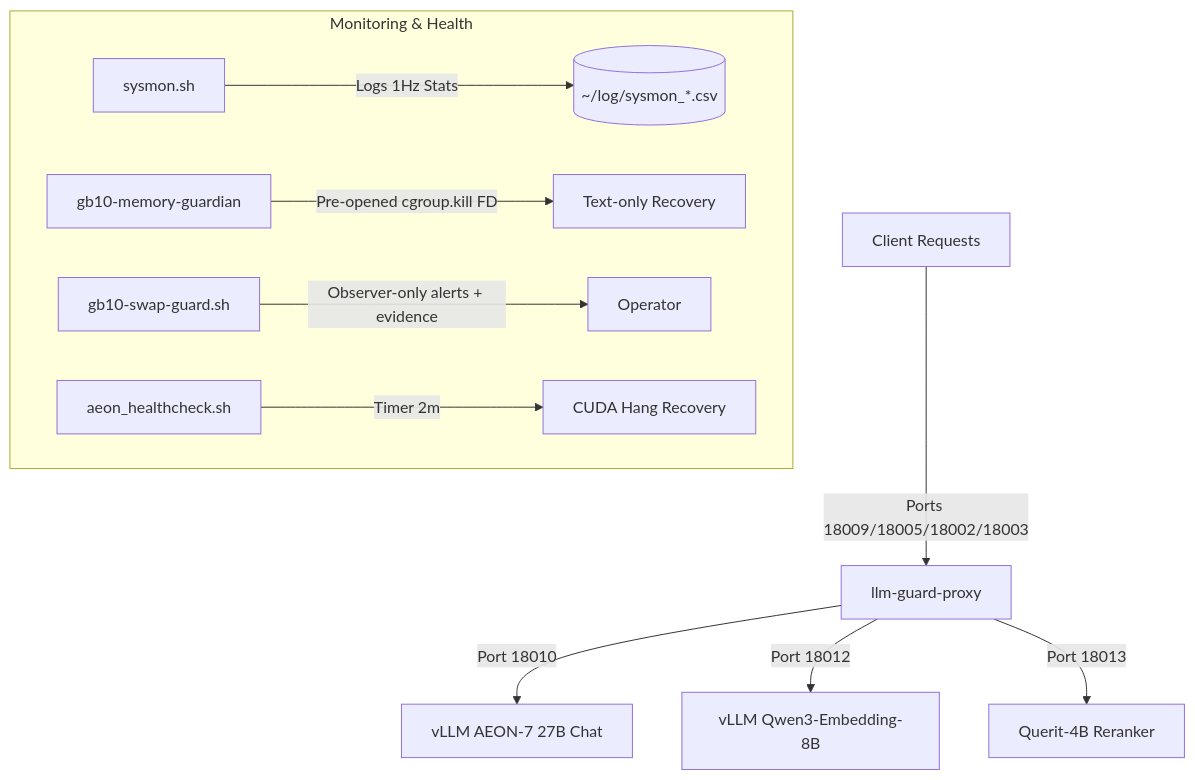
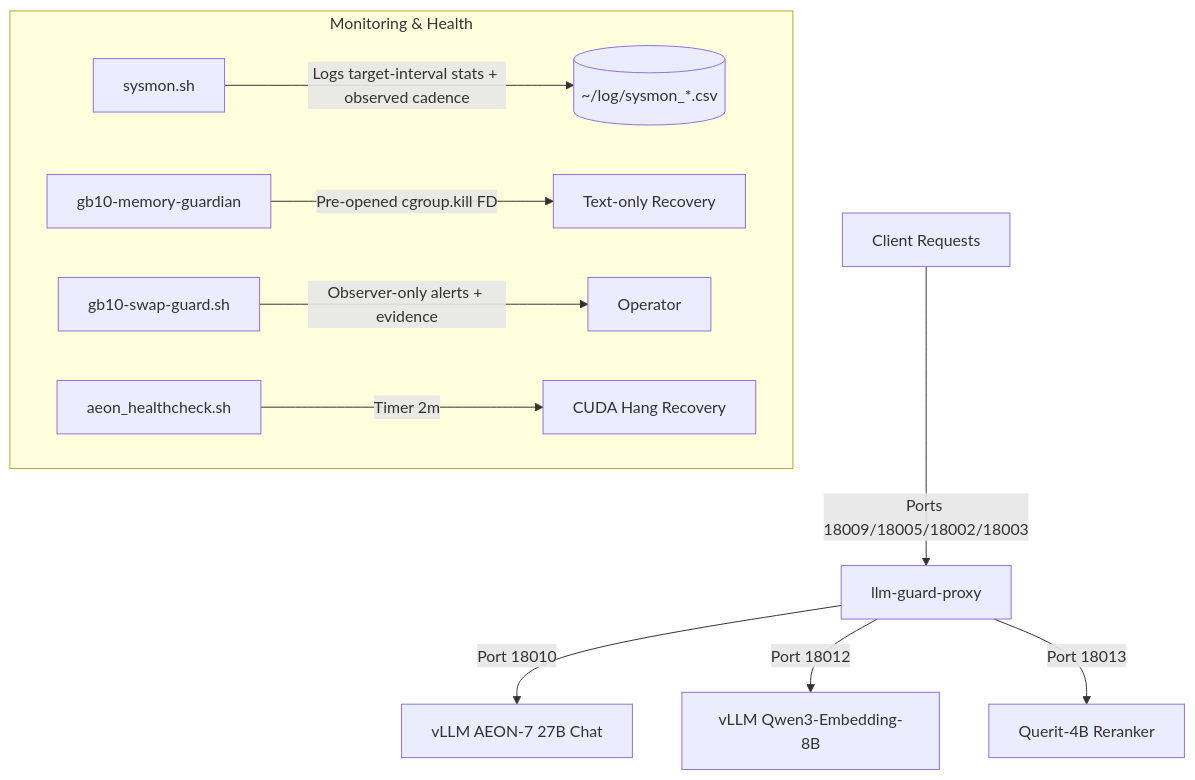
One commit to RyderFreeman4Logos/gb10-services changed the diagram in README.md. Above: the diagram before and after it, drawn with Mermaid. The commit also changed other lines of this file and 3 other files, not shown here.

First line of the commit message:
feat(sysmon): record available memory and sample cadence

````diff
--- a/README.md
+++ b/README.md
@@ -11,14 +11,14 @@
 ```mermaid
 graph TD
     Client[Client Requests] -->|Ports 18009/18005/18002/18003| Proxy[llm-guard-proxy]
     Proxy -->|Port 18010| AEON[vLLM AEON-7 27B Chat]
     Proxy -->|Port 18012| Embed[vLLM Qwen3-Embedding-8B]
     Proxy -->|Port 18013| Rerank[Querit-4B Reranker]
 
     subgraph Monitoring & Health
-        Sysmon[sysmon.sh] -->|Logs 1Hz Stats| CSV[(~/log/sysmon_*.csv)]
+        Sysmon[sysmon.sh] -->|Logs target-interval stats + observed cadence| CSV[(~/log/sysmon_*.csv)]
         RustGuardian[gb10-memory-guardian] -->|Pre-opened cgroup.kill FD| TextRecovery[Text-only Recovery]
         SwapGuard[gb10-swap-guard.sh] -->|Observer-only alerts + evidence| Ops[Operator]
         HCheck[aeon_healthcheck.sh] -->|Timer 2m| HangRecovery[CUDA Hang Recovery]
     end
 ```
````
